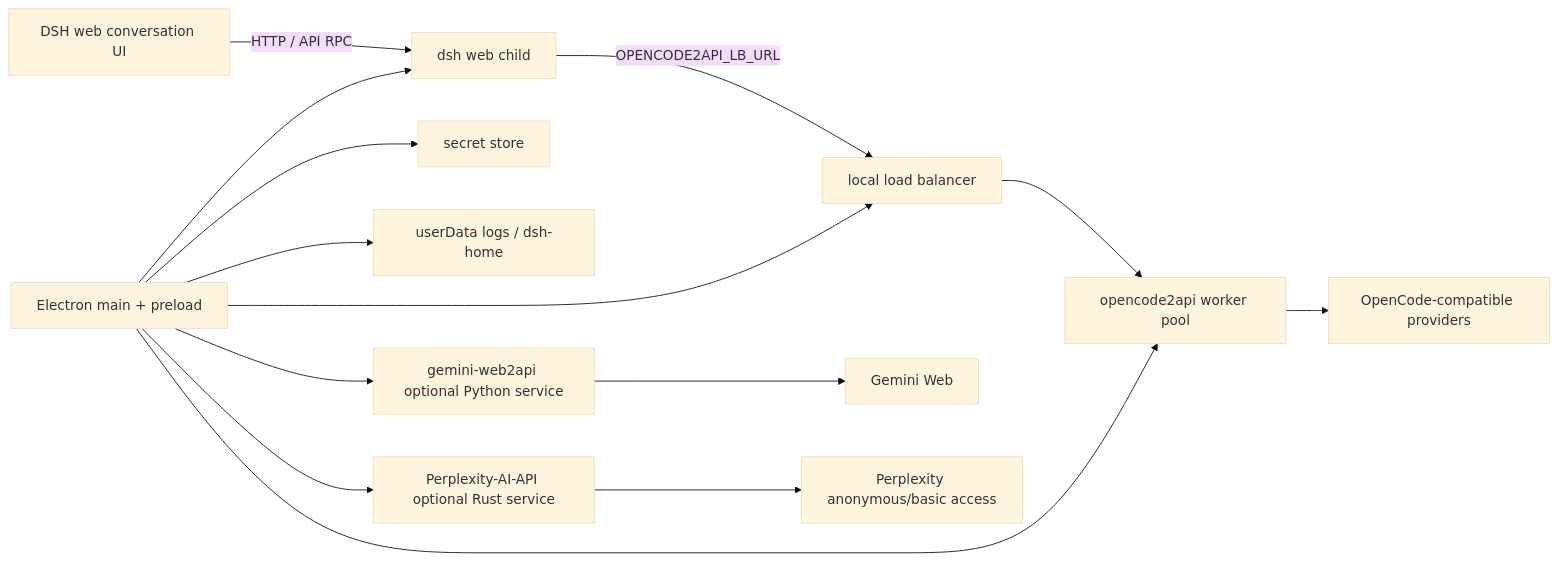
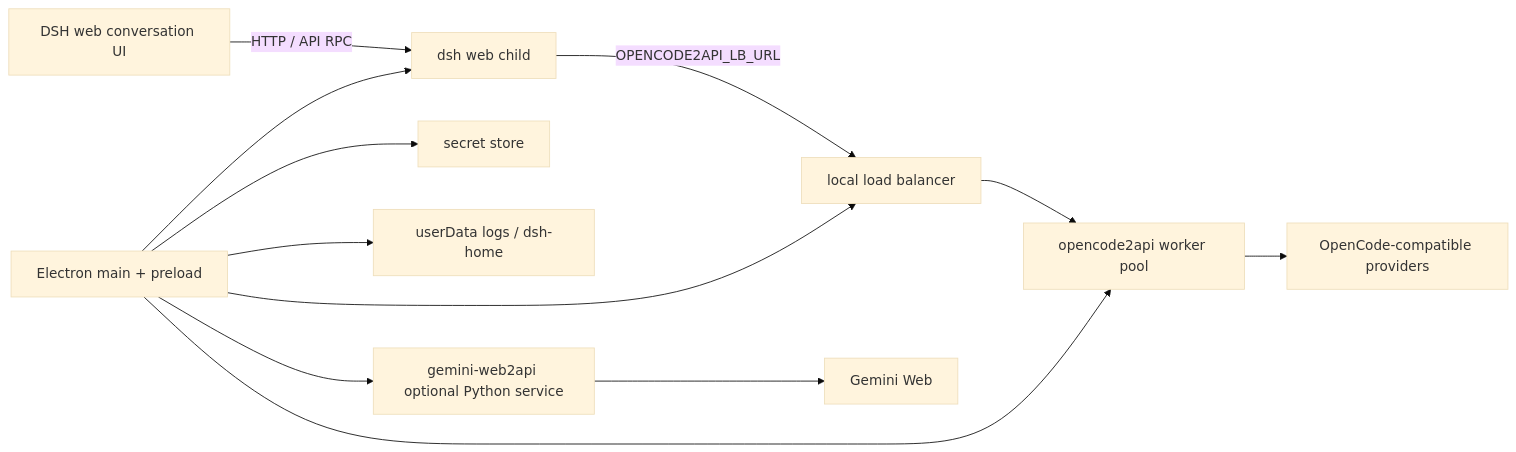
The diagram in docs/ARCHITECTURE.md (Akunimal/free-code-deepseek-harness), drawn with Mermaid (base theme) before and after one commit. The commit also changed other lines of this file and 33 other files, not shown here.

````diff
--- a/docs/ARCHITECTURE.md
+++ b/docs/ARCHITECTURE.md
@@ -5,16 +5,14 @@
 ```mermaid
 flowchart LR
   UI[DSH web conversation UI] -->|HTTP / API RPC| DSH[dsh web child]
   DSH -->|OPENCODE2API_LB_URL| LB[local load balancer]
   LB --> POOL[opencode2api worker pool]
   POOL --> O[OpenCode-compatible providers]
   SHELL[Electron main + preload] --> DSH
   SHELL --> LB
   SHELL --> POOL
   SHELL --> VAULT[secret store]
   SHELL --> DATA[userData logs / dsh-home]
   SHELL --> GEMINI[gemini-web2api optional Python service]
   GEMINI --> GOOGLE[Gemini Web]
-  SHELL --> PERPLEXITY[Perplexity-AI-API optional Rust service]
-  PERPLEXITY --> PPLX[Perplexity anonymous/basic access]
 ```
````
